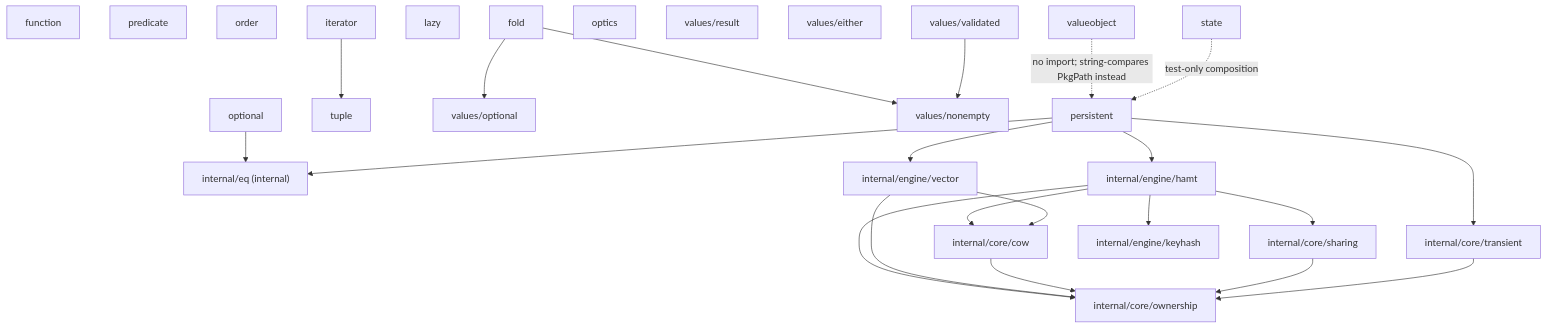
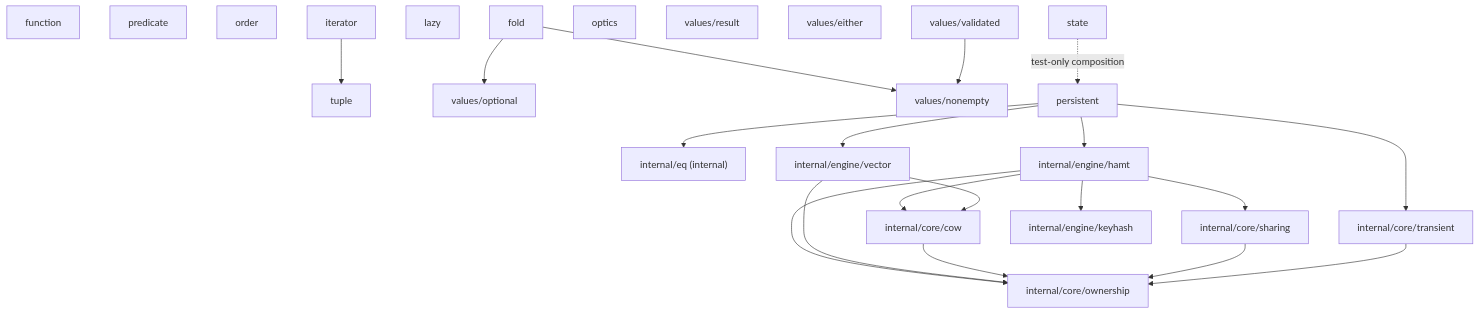
The diagram in docs/overview.md (alvadorncorp/functional-go), drawn with Mermaid before and after one commit. The commit also changed other lines of this file and 30 other files, not shown here.

First line of the commit message:
feat(functional)!: remove top-level optional and valueobject

````diff
--- a/docs/overview.md
+++ b/docs/overview.md
@@ -205,49 +188,45 @@
 ```mermaid
 flowchart TB
-  optional[optional]
   function[function]
   predicate[predicate]
   order[order]
   fold[fold]
   tuple[tuple]
   lazy[lazy]
   iterator[iterator]
   optics[optics]
   valuesOptional[values/optional]
   valuesResult[values/result]
   valuesEither[values/either]
   valuesNonEmpty[values/nonempty]
   valuesValidated[values/validated]
   persistent[persistent]
   state[state]
-  valueobject[valueobject]
   eq["internal/eq (internal)"]
   ownership["internal/core/ownership"]
   cow["internal/core/cow"]
   sharing["internal/core/sharing"]
   transient["internal/core/transient"]
   hamt["internal/engine/hamt"]
   vector["internal/engine/vector"]
   keyhash["internal/engine/keyhash"]
 
-  optional --> eq
   fold --> valuesOptional
   fold --> valuesNonEmpty
   iterator --> tuple
   valuesValidated --> valuesNonEmpty
   persistent --> eq
   persistent --> transient
   persistent --> hamt
   persistent --> vector
   hamt --> ownership
   hamt --> cow
   hamt --> sharing
   hamt --> keyhash
   vector --> ownership
   vector --> cow
   cow --> ownership
   sharing --> ownership
   transient --> ownership
-  valueobject -.->|no import; string-compares PkgPath instead| persistent
   state -.->|test-only composition| persistent
 ```
````
